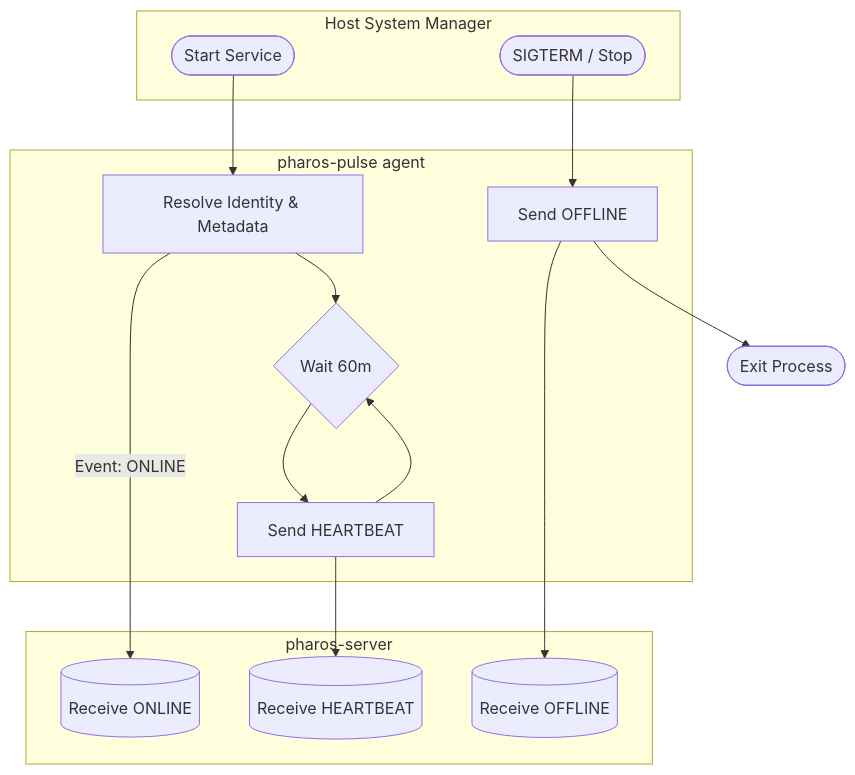
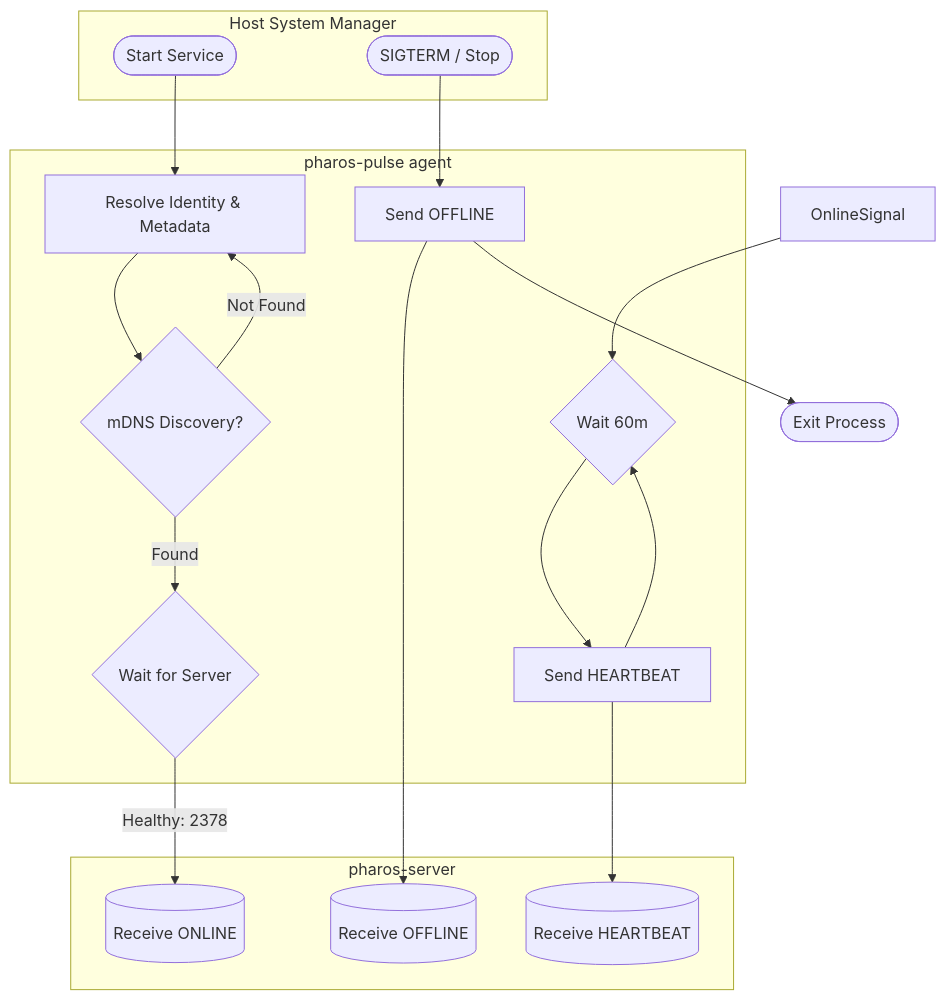
Before and after one commit to iamrichardD/pharos: the first of 2 diagrams in artifacts/pharos-pulse-spec.md, drawn with Mermaid. The commit also changed other lines of this file and 11 other files, not shown here.

````diff
--- a/artifacts/pharos-pulse-spec.md
+++ b/artifacts/pharos-pulse-spec.md
@@ -37,30 +37,35 @@
 ```mermaid
 flowchart TD
     subgraph HostSystem ["Host System Manager"]
         Start([Start Service])
         Stop([SIGTERM / Stop])
     end
 
     subgraph PulseAgent ["pharos-pulse agent"]
         Init[Resolve Identity & Metadata]
+        Discover{mDNS Discovery?}
+        WaitSrv{Wait for Server}
         Wait{Wait 60m}
         Heartbeat[Send HEARTBEAT]
         Offline[Send OFFLINE]
     end
 
     subgraph PharosServer ["pharos-server"]
         RecvOnline[(Receive ONLINE)]
         RecvHB[(Receive HEARTBEAT)]
         RecvOff[(Receive OFFLINE)]
     end
 
     Start --> Init
-    Init -->|Event: ONLINE| RecvOnline
-    Init --> Wait
+    Init --> Discover
+    Discover -->|Found| WaitSrv
+    Discover -->|Not Found| Init
+    WaitSrv -->|Healthy: 2378| RecvOnline
+    OnlineSignal --> Wait
     Wait --> Heartbeat
     Heartbeat --> RecvHB
     Heartbeat --> Wait
     Stop --> Offline
     Offline --> RecvOff
     Offline --> Exit([Exit Process])
 ```
````
